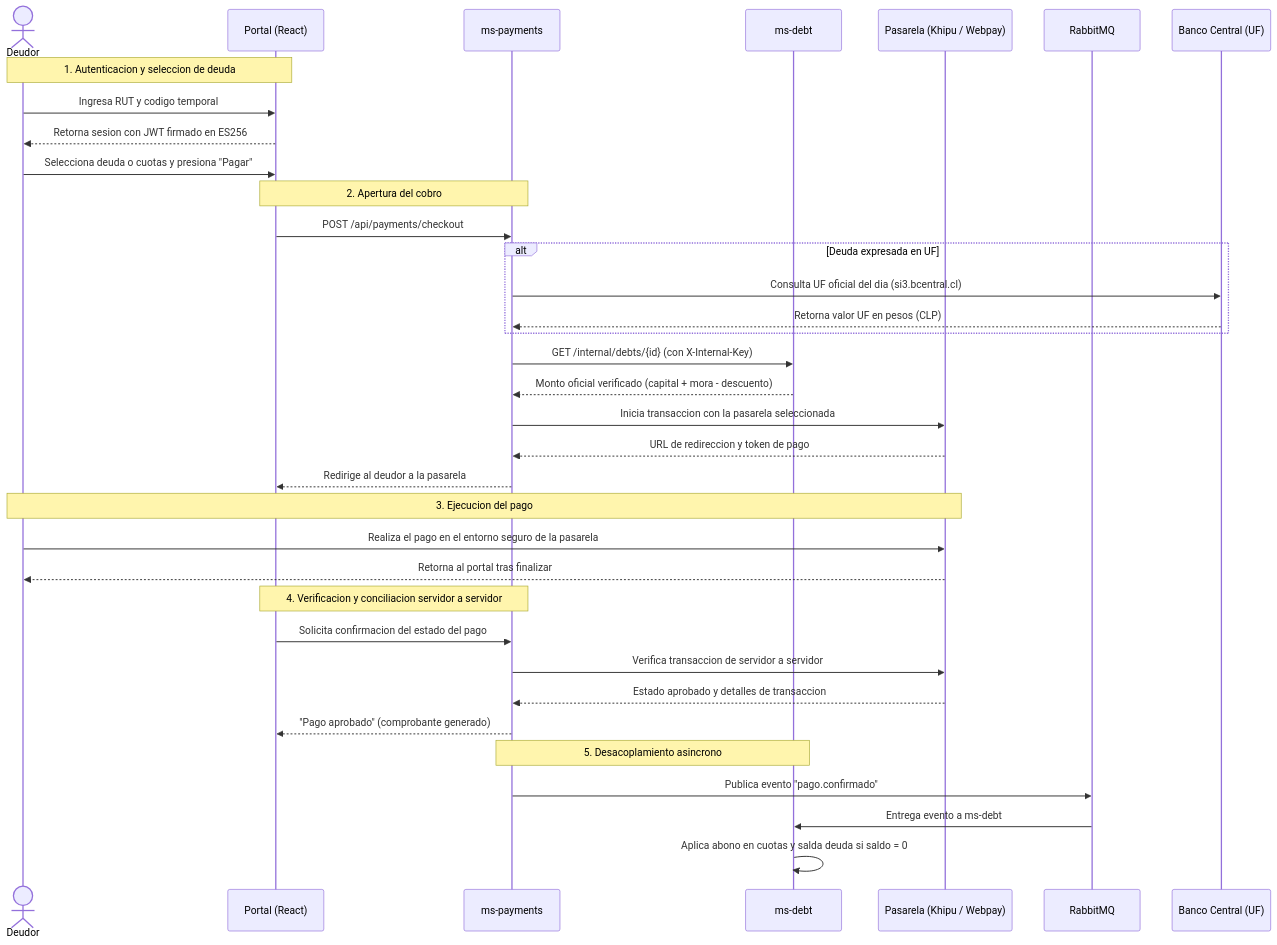
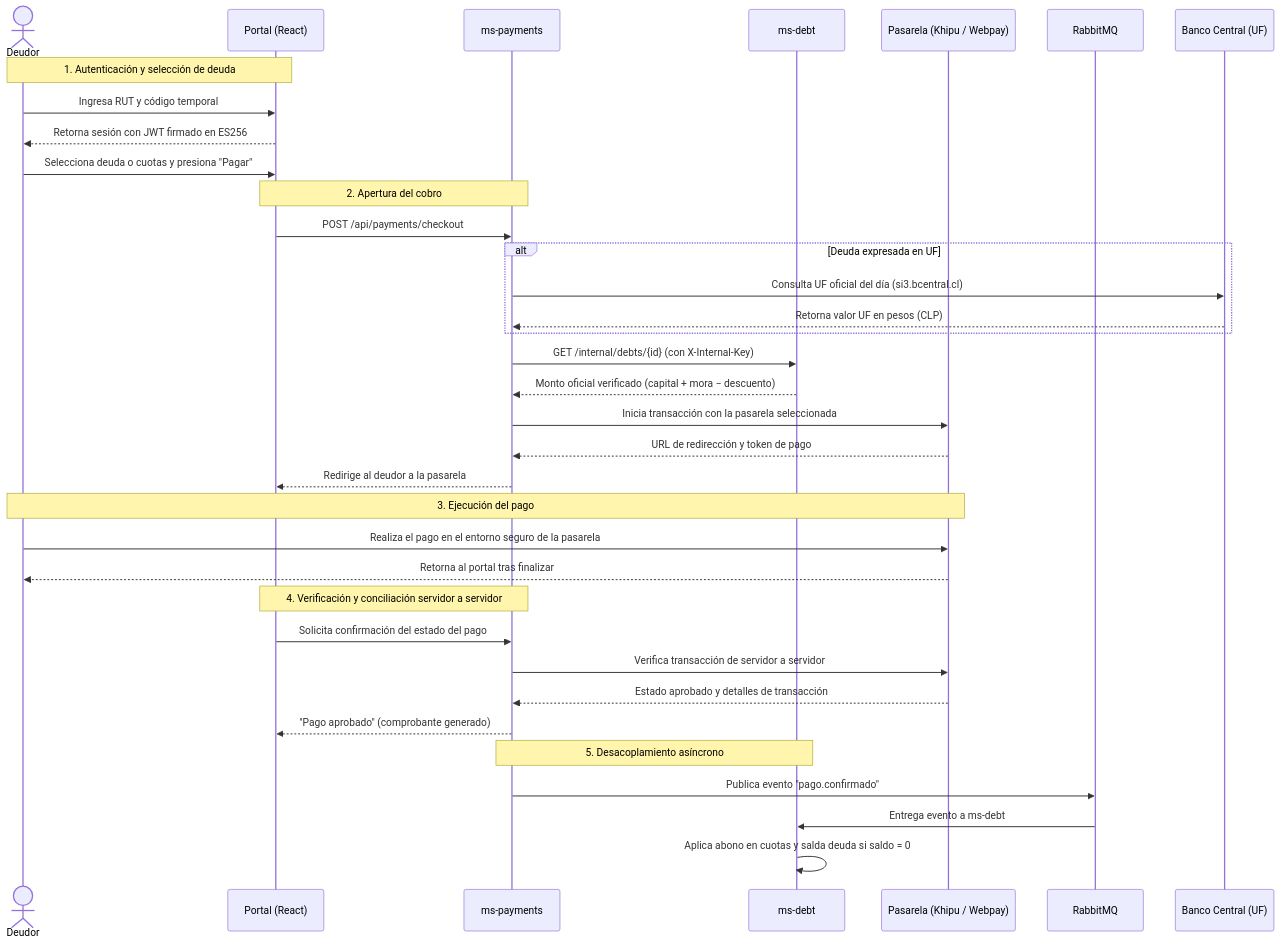
Before and after one commit to TechnicalBridge/DataBridge: the diagram in README.md, drawn with Mermaid. The commit also changed other lines of this file and 9 other files, not shown here.

````diff
--- a/README.md
+++ b/README.md
@@ -287,42 +287,42 @@
 ```mermaid
 sequenceDiagram
     actor D as Deudor
     participant P as Portal (React)
     participant Y as ms-payments
     participant M as ms-debt
     participant K as Pasarela (Khipu / Webpay)
     participant R as RabbitMQ
     participant B as Banco Central (UF)
 
-    Note over D,P: 1. Autenticacion y seleccion de deuda
-    D->>P: Ingresa RUT y codigo temporal
-    P-->>D: Retorna sesion con JWT firmado en ES256
+    Note over D,P: 1. Autenticación y selección de deuda
+    D->>P: Ingresa RUT y código temporal
+    P-->>D: Retorna sesión con JWT firmado en ES256
     D->>P: Selecciona deuda o cuotas y presiona "Pagar"
 
     Note over P,Y: 2. Apertura del cobro
     P->>Y: POST /api/payments/checkout
     alt Deuda expresada en UF
-        Y->>B: Consulta UF oficial del dia (si3.bcentral.cl)
+        Y->>B: Consulta UF oficial del día (si3.bcentral.cl)
         B-->>Y: Retorna valor UF en pesos (CLP)
     end
     Y->>M: GET /internal/debts/{id} (con X-Internal-Key)
-    M-->>Y: Monto oficial verificado (capital + mora - descuento)
-    Y->>K: Inicia transaccion con la pasarela seleccionada
-    K-->>Y: URL de redireccion y token de pago
+    M-->>Y: Monto oficial verificado (capital + mora − descuento)
+    Y->>K: Inicia transacción con la pasarela seleccionada
+    K-->>Y: URL de redirección y token de pago
     Y-->>P: Redirige al deudor a la pasarela
 
-    Note over D,K: 3. Ejecucion del pago
+    Note over D,K: 3. Ejecución del pago
     D->>K: Realiza el pago en el entorno seguro de la pasarela
     K-->>D: Retorna al portal tras finalizar
 
-    Note over P,Y: 4. Verificacion y conciliacion servidor a servidor
-    P->>Y: Solicita confirmacion del estado del pago
-    Y->>K: Verifica transaccion de servidor a servidor
-    K-->>Y: Estado aprobado y detalles de transaccion
+    Note over P,Y: 4. Verificación y conciliación servidor a servidor
+    P->>Y: Solicita confirmación del estado del pago
+    Y->>K: Verifica transacción de servidor a servidor
+    K-->>Y: Estado aprobado y detalles de transacción
     Y-->>P: "Pago aprobado" (comprobante generado)
 
-    Note over Y,M: 5. Desacoplamiento asincrono
+    Note over Y,M: 5. Desacoplamiento asíncrono
     Y->>R: Publica evento "pago.confirmado"
     R->>M: Entrega evento a ms-debt
     M->>M: Aplica abono en cuotas y salda deuda si saldo = 0
 ```
````
